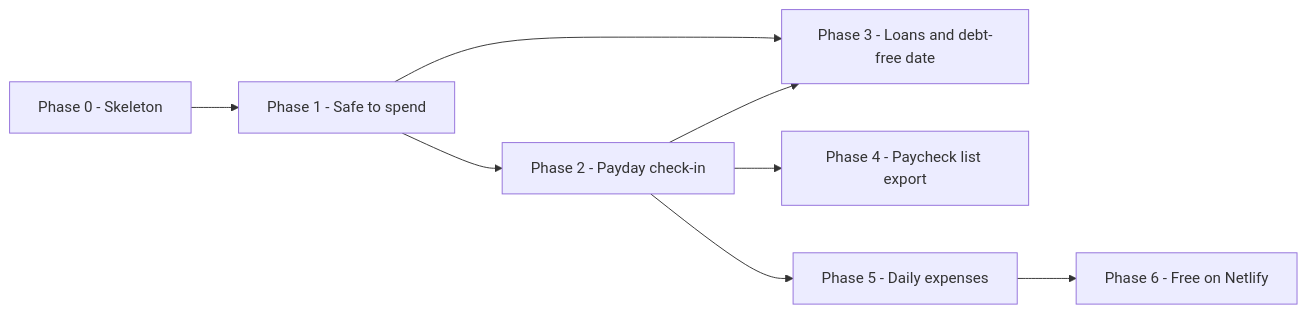
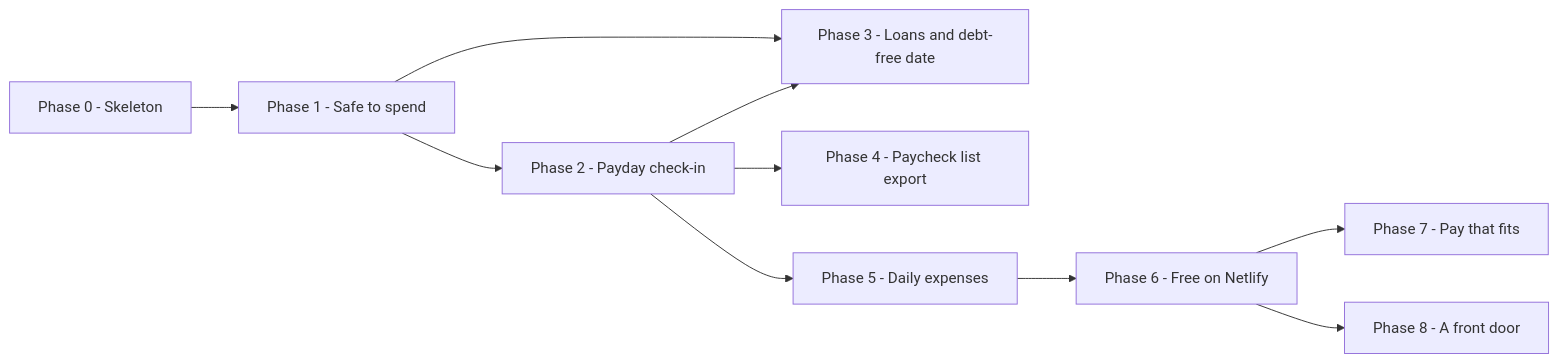
Before and after one commit to jamesm-dev/payday-dev: the diagram in .idea/ROADMAP.md, drawn with Mermaid. The commit also changed other lines of this file and 16 other files, not shown here.

First line of the commit message:
docs(plan): Phase 7 pay that fits, Phase 8 a public home page

````diff
--- a/.idea/ROADMAP.md
+++ b/.idea/ROADMAP.md
@@ -30,10 +34,12 @@
 ```mermaid
 graph LR
   P0[Phase 0 - Skeleton] --> P1[Phase 1 - Safe to spend]
   P1 --> P2[Phase 2 - Payday check-in]
   P1 --> P3[Phase 3 - Loans and debt-free date]
   P2 --> P3
   P2 --> P4[Phase 4 - Paycheck list export]
   P2 --> P5[Phase 5 - Daily expenses]
   P5 --> P6[Phase 6 - Free on Netlify]
+  P6 --> P7[Phase 7 - Pay that fits]
+  P6 --> P8[Phase 8 - A front door]
 ```
````
